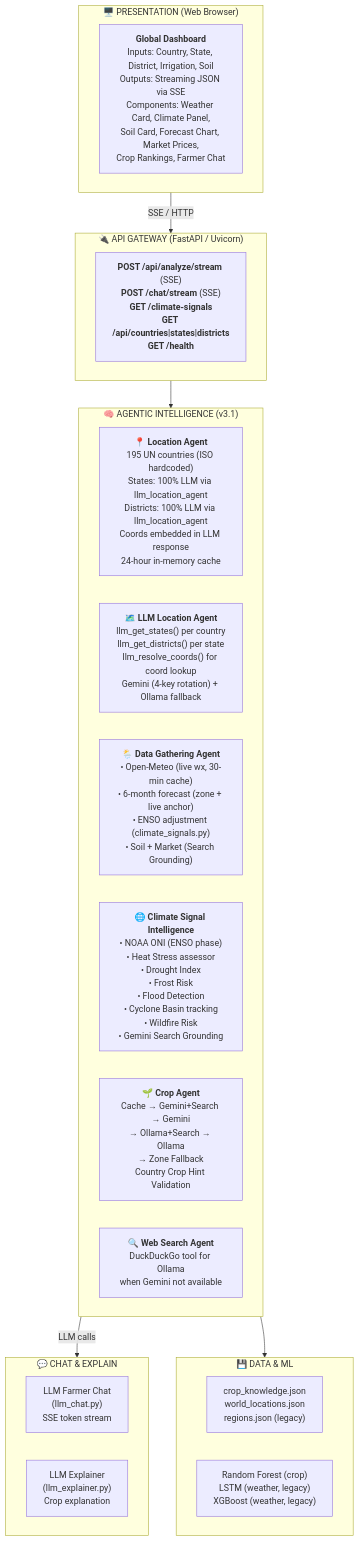
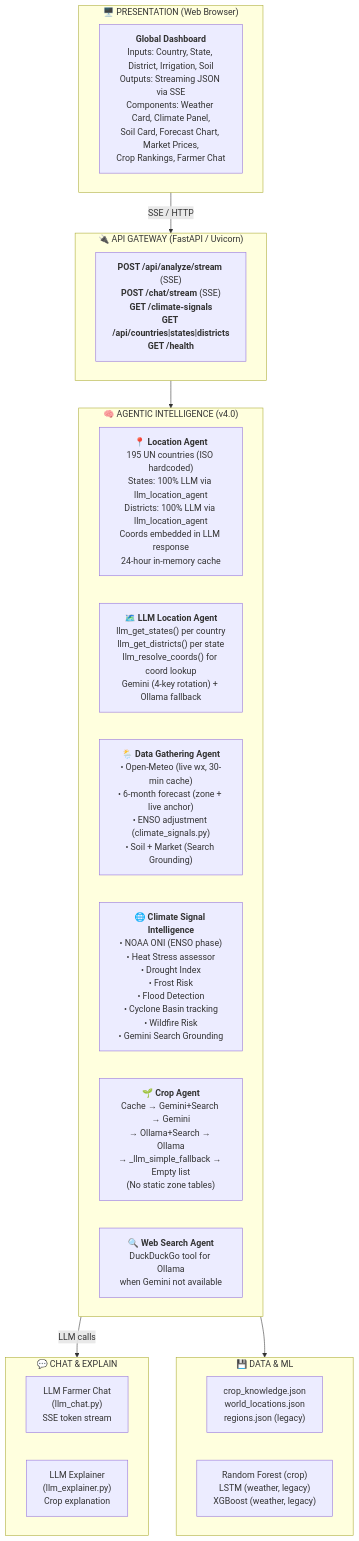
The diagram in user_module_paper.md (tirthch25/AI-Powered-Weather-Resilient-Crop-Advisor), drawn with Mermaid before and after one commit. The commit also changed other lines of this file and 1 other file, not shown here.

````diff
--- a/user_module_paper.md
+++ b/user_module_paper.md
@@ -85,34 +85,34 @@
 ```mermaid
 flowchart TD
     subgraph L1["🖥️  PRESENTATION (Web Browser)"]
         UI["<b>Global Dashboard</b><br/>Inputs: Country, State, District, Irrigation, Soil<br/>Outputs: Streaming JSON via SSE<br/>Components: Weather Card, Climate Panel,<br/>Soil Card, Forecast Chart, Market Prices,<br/>Crop Rankings, Farmer Chat"]
     end
 
     subgraph L2["🔌  API GATEWAY (FastAPI / Uvicorn)"]
         API["<b>POST /api/analyze/stream</b> (SSE)<br/><b>POST /chat/stream</b> (SSE)<br/><b>GET /climate-signals</b><br/><b>GET /api/countries|states|districts</b><br/><b>GET /health</b>"]
     end
 
-    subgraph L3["🧠  AGENTIC INTELLIGENCE (v3.1)"]
+    subgraph L3["🧠  AGENTIC INTELLIGENCE (v4.0)"]
         LA["📍 <b>Location Agent</b><br/>195 UN countries (ISO hardcoded)<br/>States: 100% LLM via llm_location_agent<br/>Districts: 100% LLM via llm_location_agent<br/>Coords embedded in LLM response<br/>24-hour in-memory cache"]
         LLA["🗺️ <b>LLM Location Agent</b><br/>llm_get_states() per country<br/>llm_get_districts() per state<br/>llm_resolve_coords() for coord lookup<br/>Gemini (4-key rotation) + Ollama fallback"]
         DGA["🌦️ <b>Data Gathering Agent</b><br/>• Open-Meteo (live wx, 30-min cache)<br/>• 6-month forecast (zone + live anchor)<br/>• ENSO adjustment (climate_signals.py)<br/>• Soil + Market (Search Grounding)"]
         CSI["🌐 <b>Climate Signal Intelligence</b><br/>• NOAA ONI (ENSO phase)<br/>• Heat Stress assessor<br/>• Drought Index<br/>• Frost Risk<br/>• Flood Detection<br/>• Cyclone Basin tracking<br/>• Wildfire Risk<br/>• Gemini Search Grounding"]
-        CA["🌱 <b>Crop Agent</b><br/>Cache → Gemini+Search → Gemini<br/>→ Ollama+Search → Ollama<br/>→ Zone Fallback<br/>Country Crop Hint Validation"]
+        CA["🌱 <b>Crop Agent</b><br/>Cache → Gemini+Search → Gemini<br/>→ Ollama+Search → Ollama<br/>→ _llm_simple_fallback → Empty list<br/>(No static zone tables)"]
         WSA["🔍 <b>Web Search Agent</b><br/>DuckDuckGo tool for Ollama<br/>when Gemini not available"]
     end
 
     subgraph L4["💬  CHAT & EXPLAIN"]
         CHAT["LLM Farmer Chat<br/>(llm_chat.py)<br/>SSE token stream"]
         EXP["LLM Explainer<br/>(llm_explainer.py)<br/>Crop explanation"]
     end
 
     subgraph L5["💾  DATA & ML"]
         DB["crop_knowledge.json<br/>world_locations.json<br/>regions.json (legacy)"]
         ML["Random Forest (crop)<br/>LSTM (weather, legacy)<br/>XGBoost (weather, legacy)"]
     end
 
     L1 -->|"SSE / HTTP"| L2
     L2 --> L3
     L3 -->|"LLM calls"| L4
     L3 --> L5
 ```
````
